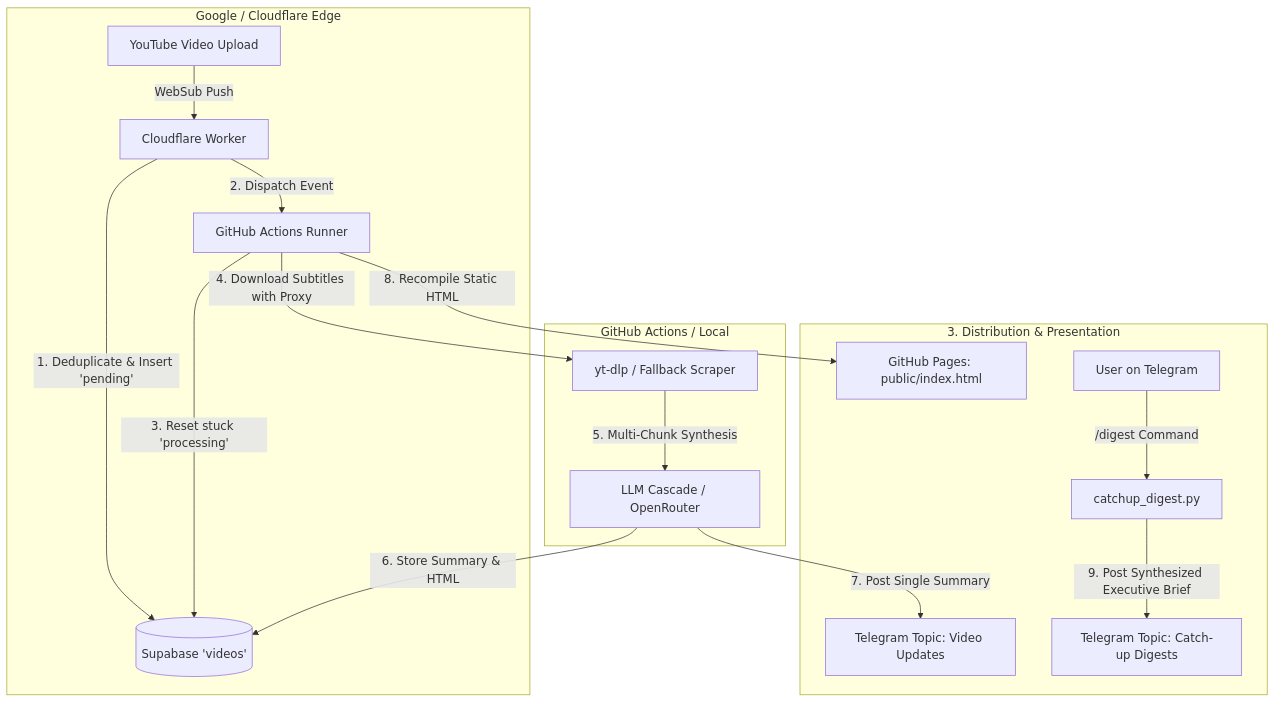
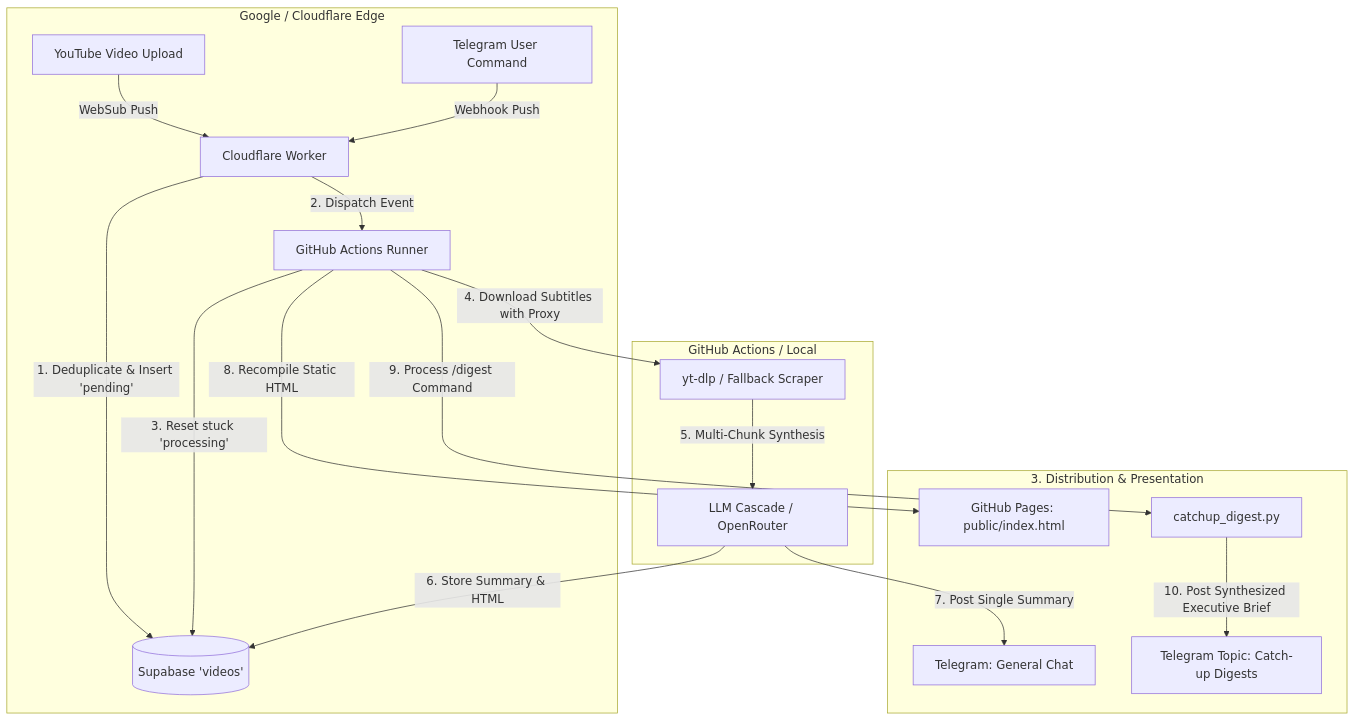
The diagram in AGENT.md (briannoelkesuma/ai_engineer_newsletter), drawn with Mermaid before and after one commit. The commit also changed other lines of this file and 1 other file, not shown here.

Commit message:
docs: update architecture to reflect webhook integration and routing

````diff
--- a/AGENT.md
+++ b/AGENT.md
@@ -13,22 +13,23 @@
 ```mermaid
 flowchart TD
     subgraph 1. Ingestion [Google / Cloudflare Edge]
         YT[YouTube Video Upload] -->|WebSub Push| CF[Cloudflare Worker]
+        TG[Telegram User Command] -->|Webhook Push| CF
         CF -->|1. Deduplicate & Insert 'pending'| DB[(Supabase 'videos')]
         CF -->|2. Dispatch Event| GHA[GitHub Actions Runner]
     end
 
     subgraph 2. Ingestion & Analysis [GitHub Actions / Local]
         GHA -->|3. Reset stuck 'processing'| DB
         GHA -->|4. Download Subtitles with Proxy| YTDL[yt-dlp / Fallback Scraper]
         YTDL -->|5. Multi-Chunk Synthesis| LLM[LLM Cascade / OpenRouter]
         LLM -->|6. Store Summary & HTML| DB
     end
 
     subgraph 3. Distribution & Presentation
-        LLM -->|7. Post Single Summary| TG_SUM[Telegram Topic: Video Updates]
+        LLM -->|7. Post Single Summary| TG_SUM[Telegram: General Chat]
         GHA -->|8. Recompile Static HTML| PAGES[GitHub Pages: public/index.html]
-        USER[User on Telegram] -->|/digest Command| DIGEST[catchup_digest.py]
-        DIGEST -->|9. Post Synthesized Executive Brief| TG_DIG[Telegram Topic: Catch-up Digests]
+        GHA -->|9. Process /digest Command| DIGEST[catchup_digest.py]
+        DIGEST -->|10. Post Synthesized Executive Brief| TG_DIG[Telegram Topic: Catch-up Digests]
     end
 ```
````
